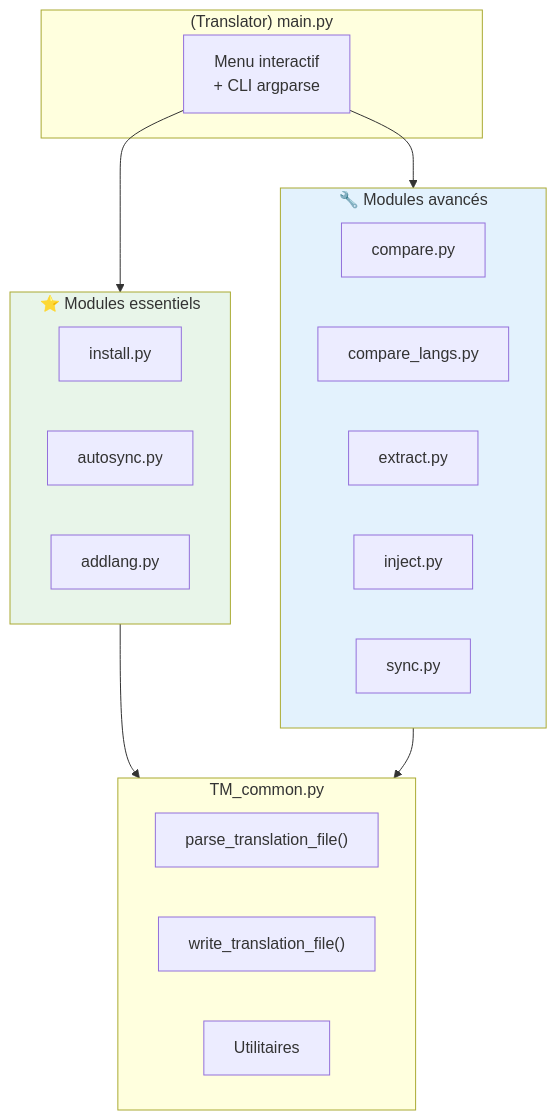
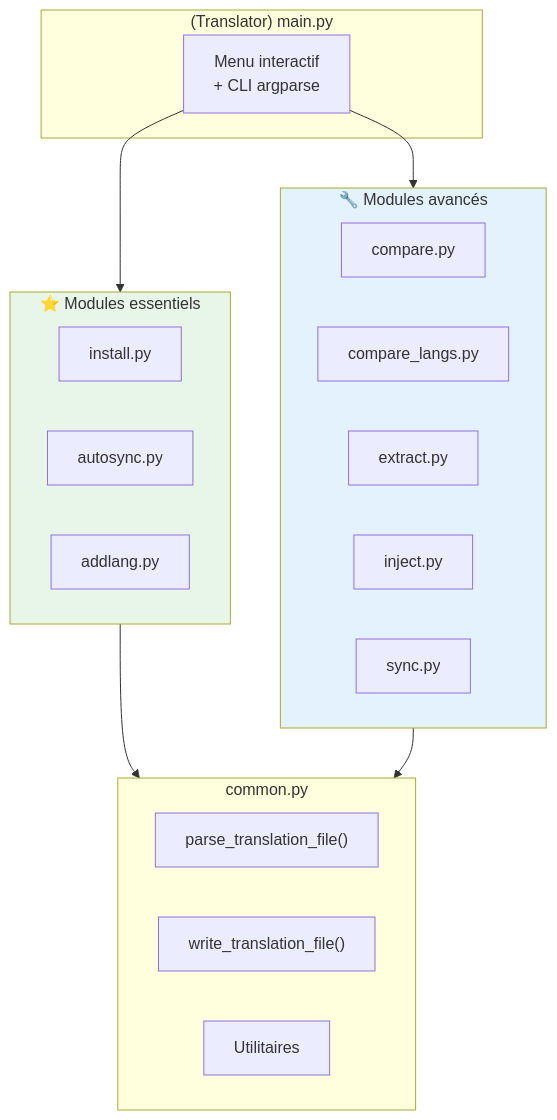
The third of 10 diagrams in tools/translator/__doc__/fr/Lisez-moi.md (Gotcha26/Adobe_Lightroom_Translation_Plugins_Kit), drawn with Mermaid before and after one commit. The commit also changed other lines of this file and 24 other files, not shown here.

````diff
--- a/tools/translator/__doc__/fr/Lisez-moi.md
+++ b/tools/translator/__doc__/fr/Lisez-moi.md
@@ -125,33 +125,33 @@
 ```mermaid
 flowchart TB
     subgraph Main["(Translator) main.py"]
         M["Menu interactif<br/>+ CLI argparse"]
     end
 
     subgraph Essential["⭐ Modules essentiels"]
         I["install.py"]
         AS["autosync.py"]
         AL["addlang.py"]
     end
 
     subgraph Advanced["🔧 Modules avancés"]
         CO["compare.py"]
         CL["compare_langs.py"]
         EX["extract.py"]
         IN["inject.py"]
         SY["sync.py"]
     end
 
-    subgraph Common["TM_common.py"]
+    subgraph Common["common.py"]
         P["parse_translation_file()"]
         W["write_translation_file()"]
         U["Utilitaires"]
     end
 
     M --> Essential & Advanced
     Essential --> Common
     Advanced --> Common
 
     style Essential fill:#E8F5E9
     style Advanced fill:#E3F2FD
 ```
````
